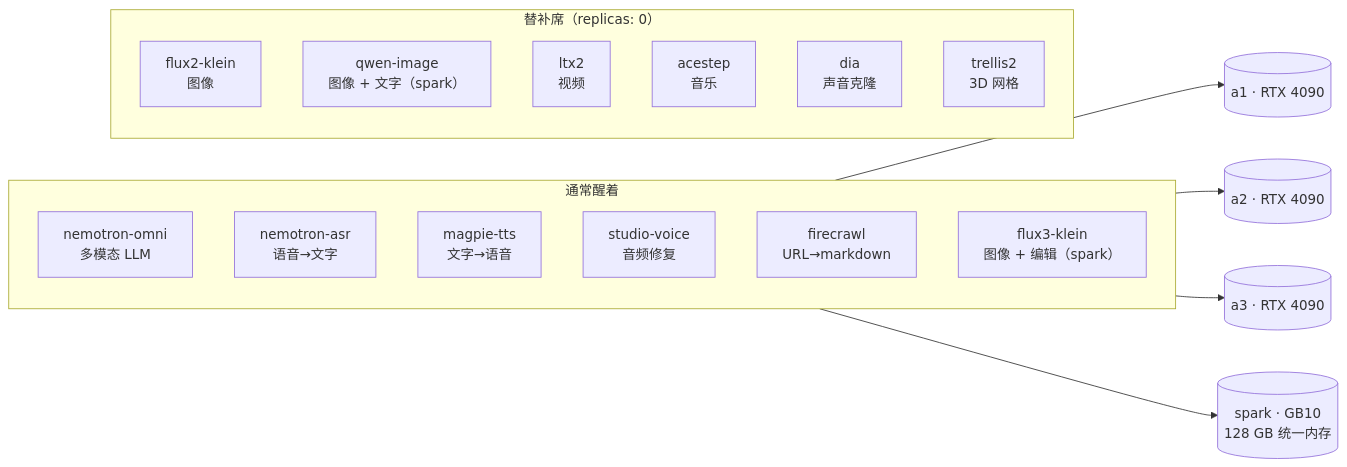
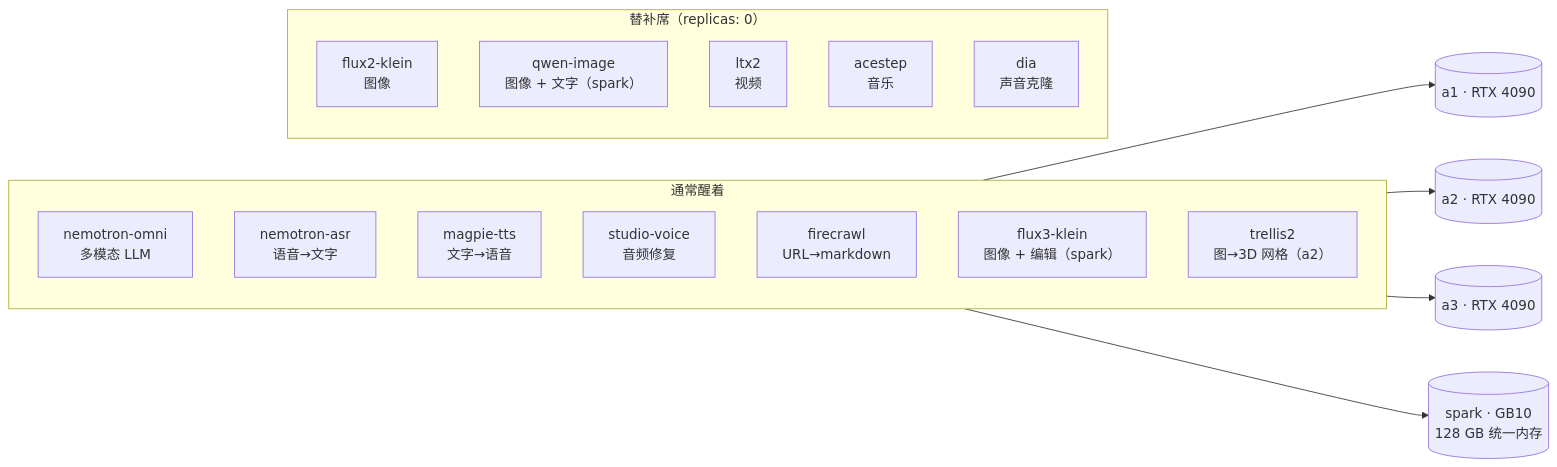
Before and after one commit to briancaffey/home-lab: the diagram in docs-site/i18n/zh-Hans/docusaurus-plugin-content-docs/current/ai/inference-fleet.md, drawn with Mermaid. The commit also changed other lines of this file and 8 other files, not shown here.

````diff
--- a/docs-site/i18n/zh-Hans/docusaurus-plugin-content-docs/current/ai/inference-fleet.md
+++ b/docs-site/i18n/zh-Hans/docusaurus-plugin-content-docs/current/ai/inference-fleet.md
@@ -18,24 +18,24 @@
 ```mermaid
 flowchart LR
     subgraph active["通常醒着"]
         omni["nemotron-omni<br/>多模态 LLM"]
         asr["nemotron-asr<br/>语音→文字"]
         magpie["magpie-tts<br/>文字→语音"]
         sv["studio-voice<br/>音频修复"]
         fc["firecrawl<br/>URL→markdown"]
         klein["flux3-klein<br/>图像 + 编辑（spark）"]
+        trellis["trellis2<br/>图→3D 网格（a2）"]
     end
     subgraph parked["替补席（replicas: 0）"]
         flux["flux2-klein<br/>图像"]
         qwen["qwen-image<br/>图像 + 文字（spark）"]
         ltx["ltx2<br/>视频"]
         ace["acestep<br/>音乐"]
         dia["dia<br/>声音克隆"]
-        trellis["trellis2<br/>3D 网格"]
     end
     gpu1[("a1 · RTX 4090")]
     gpu2[("a2 · RTX 4090")]
     gpu3[("a3 · RTX 4090")]
     spark[("spark · GB10<br/>128 GB 统一内存")]
     active --> gpu1 & gpu2 & gpu3 & spark
 ```
````
